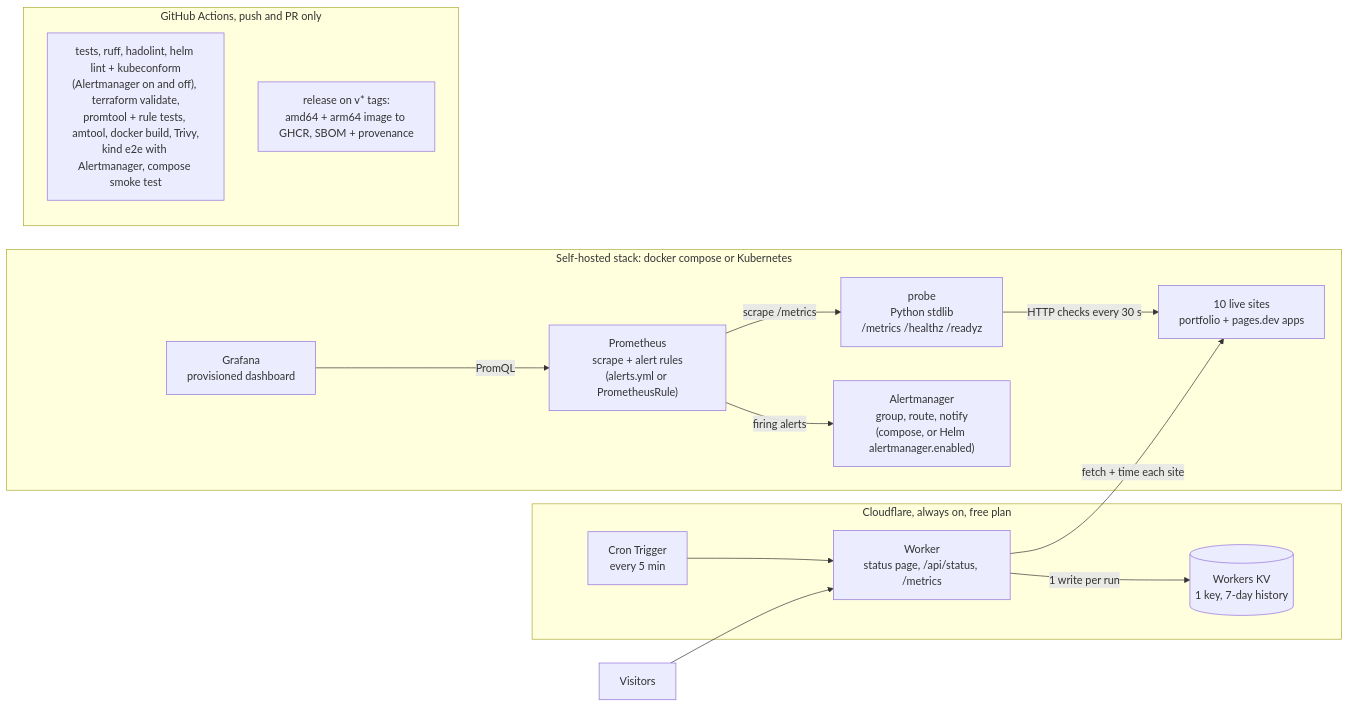
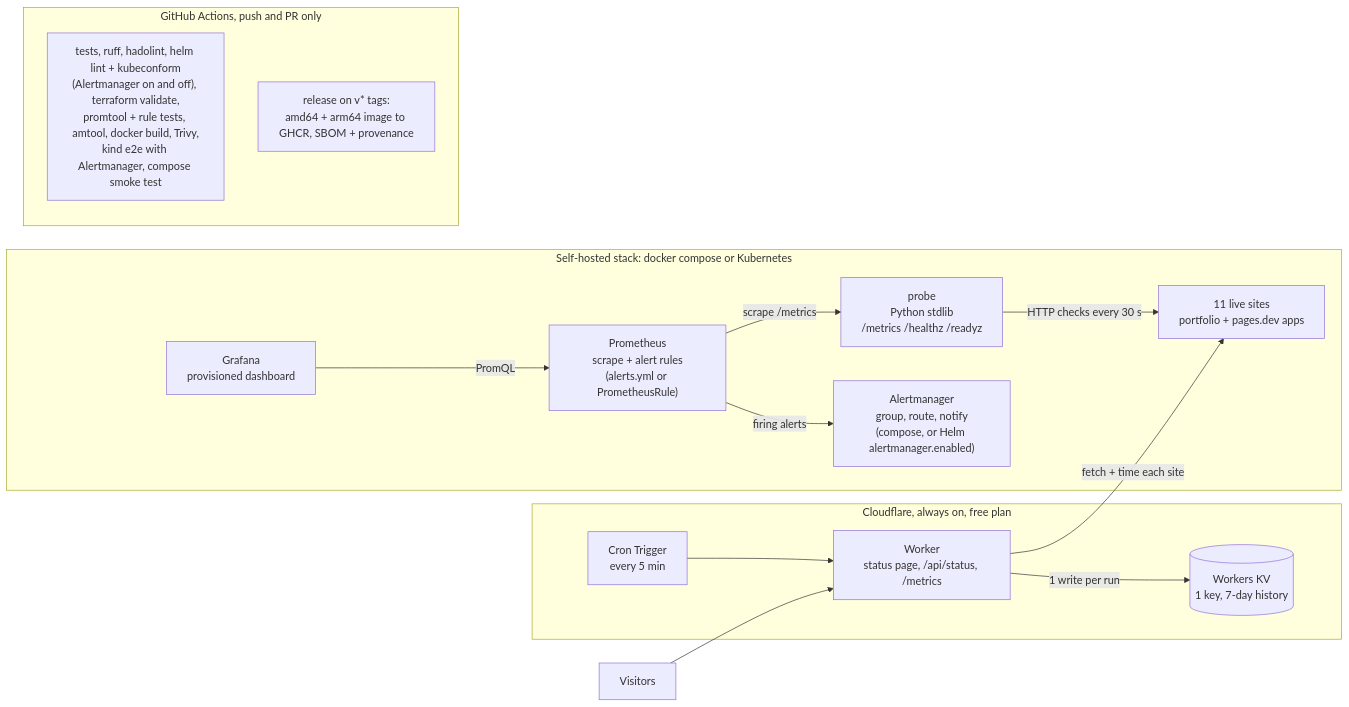
Before and after one commit to naniiic137/fleetwatch: the first of 2 diagrams in README.md, drawn with Mermaid. The commit also changed other lines of this file and 6 other files, not shown here.

````diff
--- a/README.md
+++ b/README.md
@@ -18,31 +18,31 @@
 ```mermaid
 flowchart LR
-    sites["10 live sites<br/>portfolio + pages.dev apps"]
+    sites["11 live sites<br/>portfolio + pages.dev apps"]
 
     subgraph local["Self-hosted stack: docker compose or Kubernetes"]
         probe["probe<br/>Python stdlib<br/>/metrics /healthz /readyz"]
         prom["Prometheus<br/>scrape + alert rules<br/>(alerts.yml or PrometheusRule)"]
         am["Alertmanager<br/>group, route, notify<br/>(compose, or Helm alertmanager.enabled)"]
         graf["Grafana<br/>provisioned dashboard"]
         probe -- "HTTP checks every 30 s" --> sites
         prom -- "scrape /metrics" --> probe
         prom -- "firing alerts" --> am
         graf -- "PromQL" --> prom
     end
 
     subgraph cf["Cloudflare, always on, free plan"]
         cron["Cron Trigger<br/>every 5 min"]
         worker["Worker<br/>status page, /api/status, /metrics"]
         kv[("Workers KV<br/>1 key, 7-day history")]
         cron --> worker
         worker -- "fetch + time each site" --> sites
         worker -- "1 write per run" --> kv
     end
 
     visitors["Visitors"] --> worker
 
     subgraph gha["GitHub Actions, push and PR only"]
         ci["tests, ruff, hadolint, helm lint + kubeconform<br/>(Alertmanager on and off), terraform validate,<br/>promtool + rule tests, amtool, docker build, Trivy,<br/>kind e2e with Alertmanager, compose smoke test"]
         rel["release on v* tags:<br/>amd64 + arm64 image to GHCR, SBOM + provenance"]
     end
 ```
````
